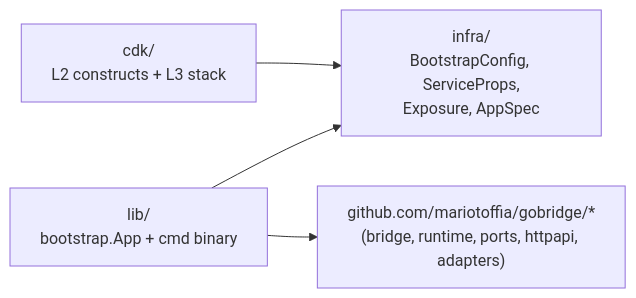
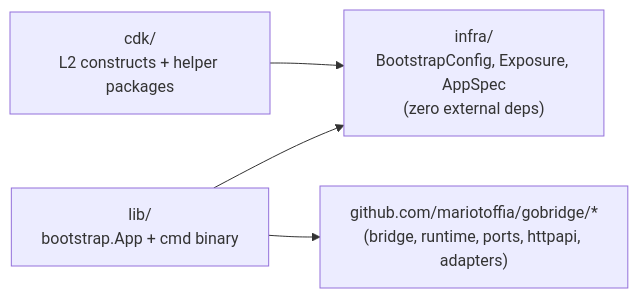
One commit to mariotoffia/gobridge changed the first of 4 diagrams in deployment/aws-filebased-config/ARCHITECTURE.md. Above: the diagram before and after it, drawn with Mermaid. The commit also changed other lines of this file and 2 other files, not shown here.

First line of the commit message:
docs(aws-filebased-config): rewrite ARCHITECTURE.md for L2-only redesign (T23)

````diff
--- a/deployment/aws-filebased-config/ARCHITECTURE.md
+++ b/deployment/aws-filebased-config/ARCHITECTURE.md
@@ -9,11 +9,11 @@
 ```mermaid
 flowchart LR
-    INFRA["infra/<br/>BootstrapConfig, ServiceProps,<br/>Exposure, AppSpec"]
-    CDK["cdk/<br/>L2 constructs + L3 stack"]
+    INFRA["infra/<br/>BootstrapConfig, Exposure, AppSpec<br/>(zero external deps)"]
+    CDK["cdk/<br/>L2 constructs + helper packages"]
     LIB["lib/<br/>bootstrap.App + cmd binary"]
     CORE["github.com/mariotoffia/gobridge/*<br/>(bridge, runtime, ports, httpapi, adapters)"]
 
     CDK --> INFRA
     LIB --> INFRA
     LIB --> CORE
 ```
````
